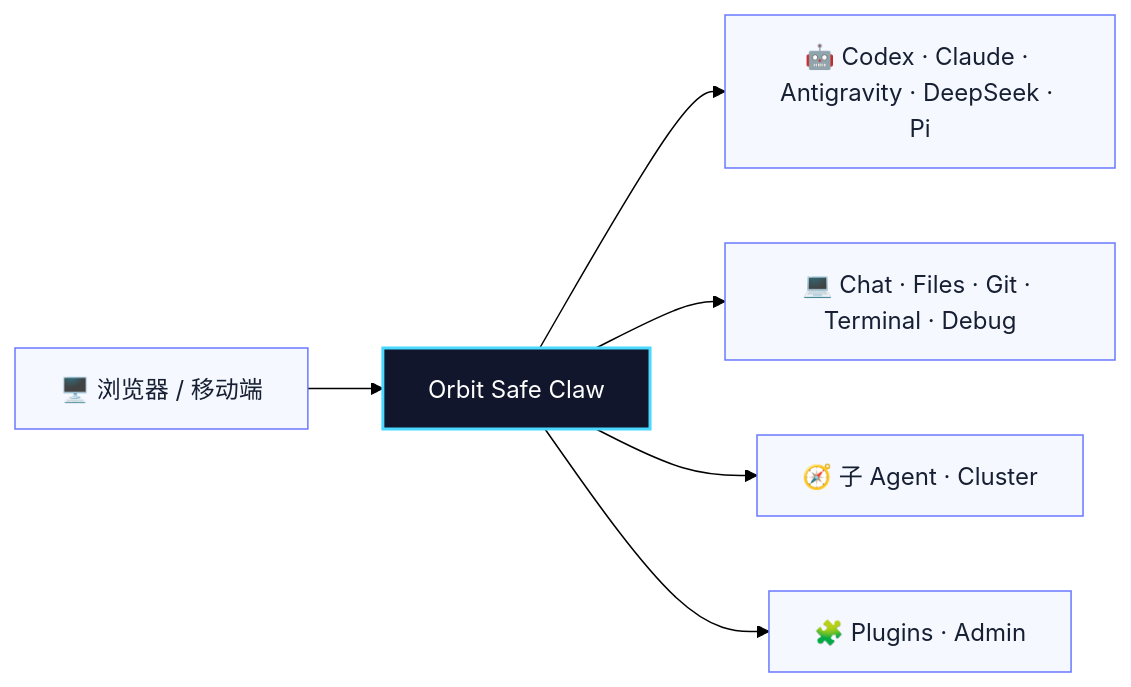
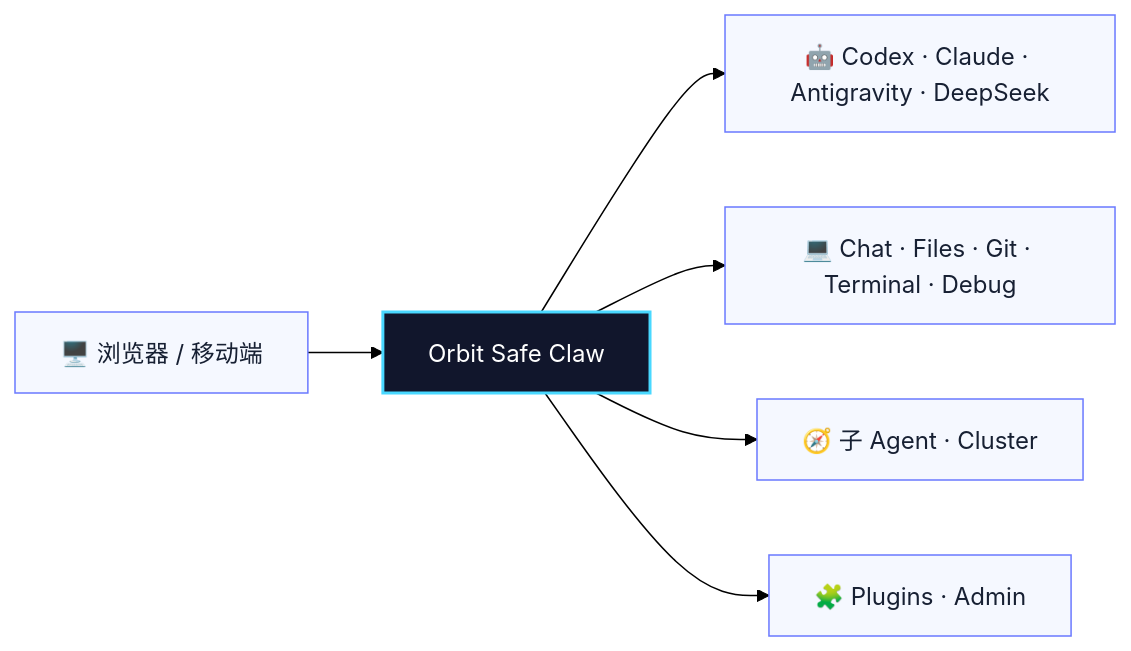
Before and after one commit to Augustusjk2008/telegram-cli-bot: the diagram in README.md, drawn with Mermaid (forest theme). The commit also changed other lines of this file and 152 other files, not shown here.

````diff
--- a/README.md
+++ b/README.md
@@ -41,13 +41,13 @@
 ```mermaid
 flowchart LR
     Browser["🖥️ 浏览器 / 移动端"] --> Orbit["Orbit Safe Claw"]
-    Orbit --> Agents["🤖 Codex · Claude · Antigravity · DeepSeek · Pi"]
+    Orbit --> Agents["🤖 Codex · Claude · Antigravity · DeepSeek"]
     Orbit --> Workbench["💻 Chat · Files · Git · Terminal · Debug"]
     Orbit --> Cluster["🧭 子 Agent · Cluster"]
     Orbit --> Extend["🧩 Plugins · Admin"]
 
     classDef orbit fill:#11162c,stroke:#49d8ff,color:#ffffff,stroke-width:2px;
     classDef node fill:#f5f8ff,stroke:#6a79ff,color:#172033;
     class Orbit orbit;
     class Browser,Agents,Workbench,Cluster,Extend node;
 ```
````
